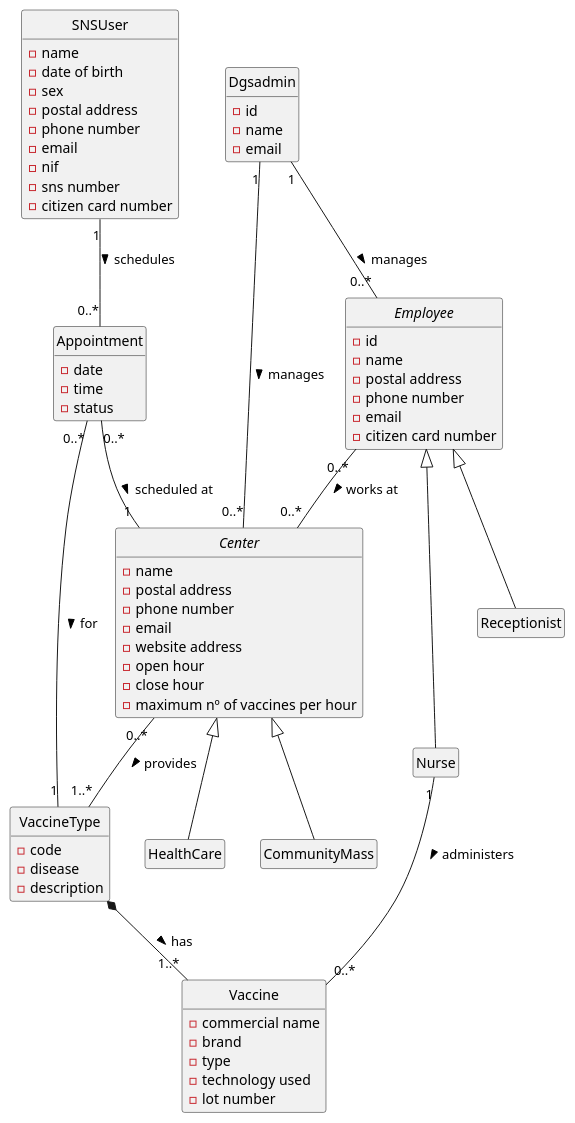
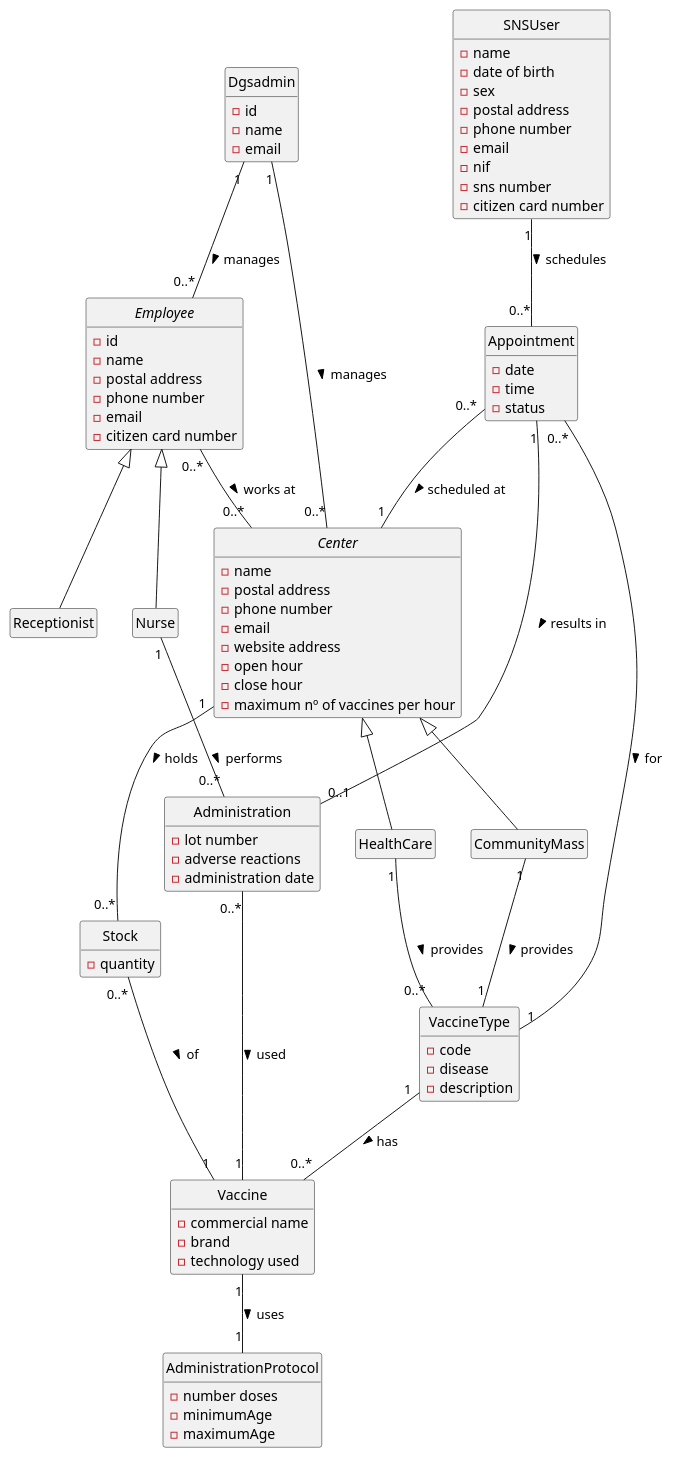
The diagram in docs/system-documentation/global-artifacts/puml/Modelo Dominio.puml (goncalomaia18/leti-esoft-25-26-C3), drawn with PlantUML before and after one commit. The commit also changed 6 other files, not shown here.

Commit message:
Atualizações nos diagramas e documentação do US11

```diff
--- a/docs/system-documentation/global-artifacts/puml/Modelo Dominio.puml
+++ b/docs/system-documentation/global-artifacts/puml/Modelo Dominio.puml
@@ -1,97 +1,115 @@
 @startuml
 hide empty members
 hide circle
 
 
 abstract class Employee {
     -id
     -name
     -postal address
     -phone number
     -email
     -citizen card number
 }
 
 abstract class Center {
     -name
     -postal address
     -phone number
     -email
     -website address
     -open hour
     -close hour
     -maximum nº of vaccines per hour
 }
 
 class Nurse {
 }
 
 class Receptionist {
 }
 
 
 class HealthCare {
 }
 
 class CommunityMass {
 }
 
+class Administration {
+-lot number
+-adverse reactions
+-administration date
+}
+
+class AdministrationProtocol {
+-number doses
+-minimumAge
+-maximumAge
+}
+
+class Stock {
+-quantity
+}
 
 class Dgsadmin {
     -id
     -name
     -email
 }
 
 class VaccineType {
     -code
     -disease
     -description
 }
 
 class Vaccine {
     -commercial name
     -brand
-    -type
     -technology used
-    -lot number
 }
 
 class Appointment {
     -date
     -time
     -status
 }
 
 class SNSUser {
     -name
     -date of birth
     -sex
     -postal address
     -phone number
     -email
     -nif
     -sns number
     -citizen card number
 }
 
 
 Employee <|-- Nurse
 Employee <|-- Receptionist
 Center <|-- HealthCare
 Center <|-- CommunityMass
 
-' Relações de Composição
-VaccineType *-- "1..*" Vaccine : has >
 
-' Relações de Associação
+
 Dgsadmin "1" -- "0..*" Employee : manages >
 Dgsadmin "1" -- "0..*" Center : manages >
 Employee "0..*" -- "0..*" Center : works at >
-Center "0..*" -- "1..*" VaccineType : provides >
 SNSUser "1" -- "0..*" Appointment : schedules >
 Appointment "0..*" -- "1" Center : scheduled at >
 Appointment "0..*" -- "1" VaccineType : for >
-Nurse "1" -- "0..*" Vaccine : administers >
+HealthCare "1" -- "0..*" VaccineType : provides >
+CommunityMass "1" -- "1" VaccineType : provides >
+VaccineType "1" -- "0..*" Vaccine : has >
+Vaccine "1" -- "1" AdministrationProtocol : uses >
+Center "1" -- "0..*" Stock : holds >
+Stock "0..*" -- "1" Vaccine : of >
+Nurse "1" -- "0..*" Administration : performs >
+Appointment "1" -- "0..1" Administration : results in >
+Administration "0..*" -- "1" Vaccine : used >
 
 @enduml
```
